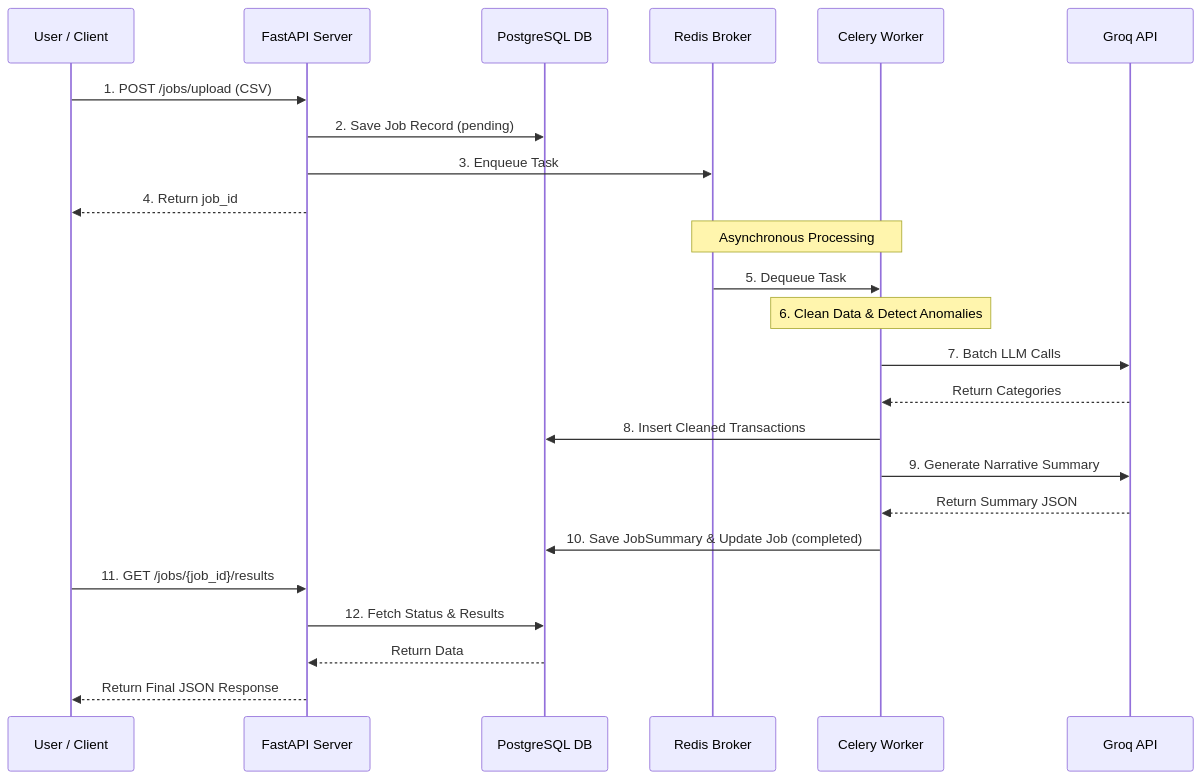
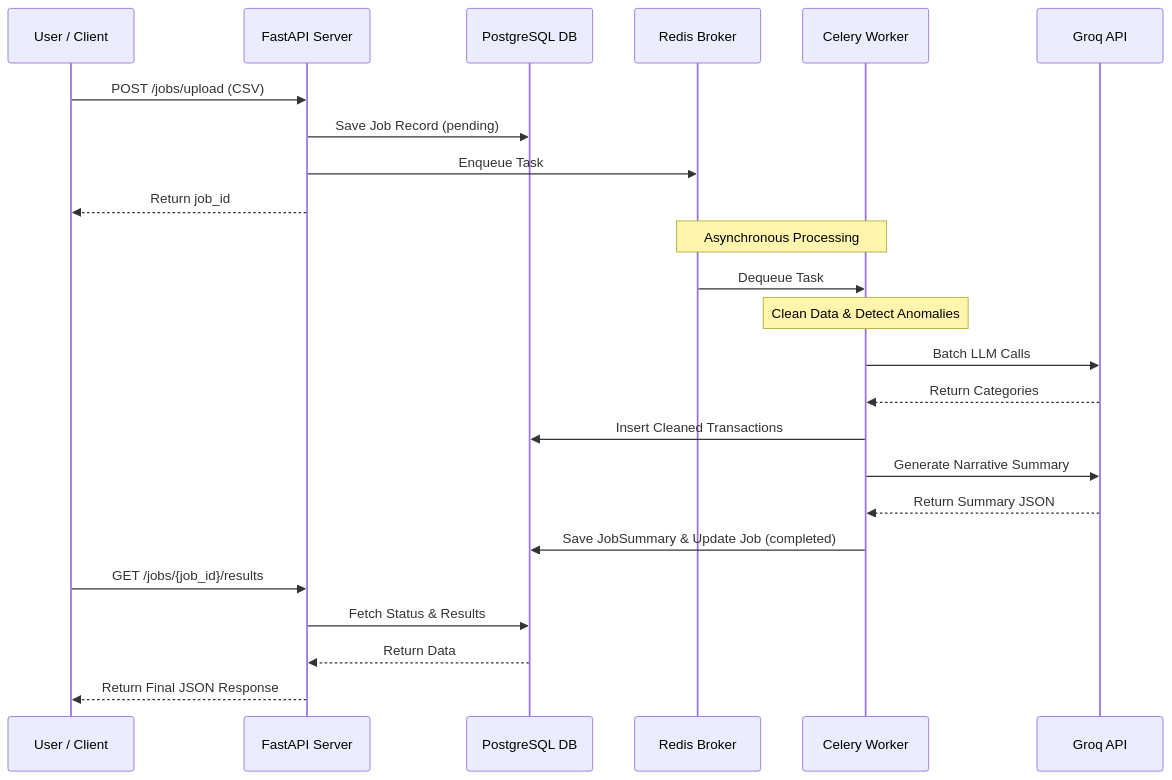
The diagram in README.md (artorias-66/Alemeno-Assignment), drawn with Mermaid before and after one commit.

Commit message:
docs: remove inconsistent numbering from sequence diagram labels

````diff
--- a/README.md
+++ b/README.md
@@ -81,29 +81,29 @@
 ```mermaid
 sequenceDiagram
     participant U as User / Client
     participant A as FastAPI Server
     participant D as PostgreSQL DB
     participant R as Redis Broker
     participant W as Celery Worker
     participant L as Groq API
 
-    U->>A: 1. POST /jobs/upload (CSV)
-    A->>D: 2. Save Job Record (pending)
-    A->>R: 3. Enqueue Task
-    A-->>U: 4. Return job_id
+    U->>A: POST /jobs/upload (CSV)
+    A->>D: Save Job Record (pending)
+    A->>R: Enqueue Task
+    A-->>U: Return job_id
     
     Note over R, W: Asynchronous Processing
-    R->>W: 5. Dequeue Task
-    Note over W: 6. Clean Data & Detect Anomalies
-    W->>L: 7. Batch LLM Calls
+    R->>W: Dequeue Task
+    Note over W: Clean Data & Detect Anomalies
+    W->>L: Batch LLM Calls
     L-->>W: Return Categories
-    W->>D: 8. Insert Cleaned Transactions
-    W->>L: 9. Generate Narrative Summary
+    W->>D: Insert Cleaned Transactions
+    W->>L: Generate Narrative Summary
     L-->>W: Return Summary JSON
-    W->>D: 10. Save JobSummary & Update Job (completed)
+    W->>D: Save JobSummary & Update Job (completed)
     
-    U->>A: 11. GET /jobs/{job_id}/results
-    A->>D: 12. Fetch Status & Results
+    U->>A: GET /jobs/{job_id}/results
+    A->>D: Fetch Status & Results
     D-->>A: Return Data
     A-->>U: Return Final JSON Response
 ```
````
